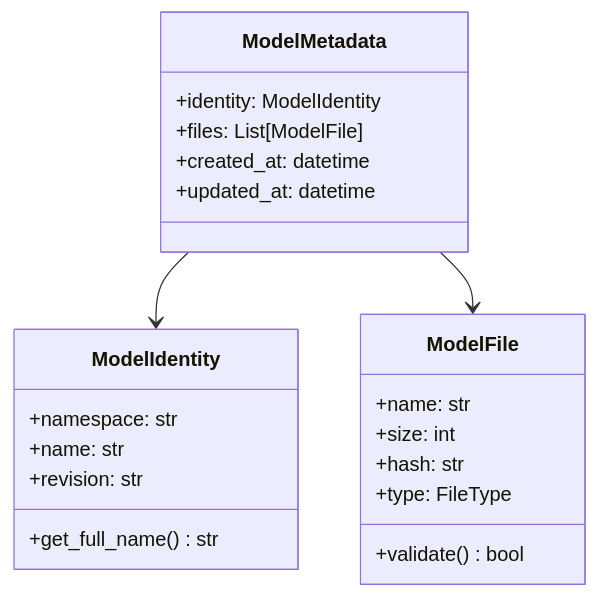
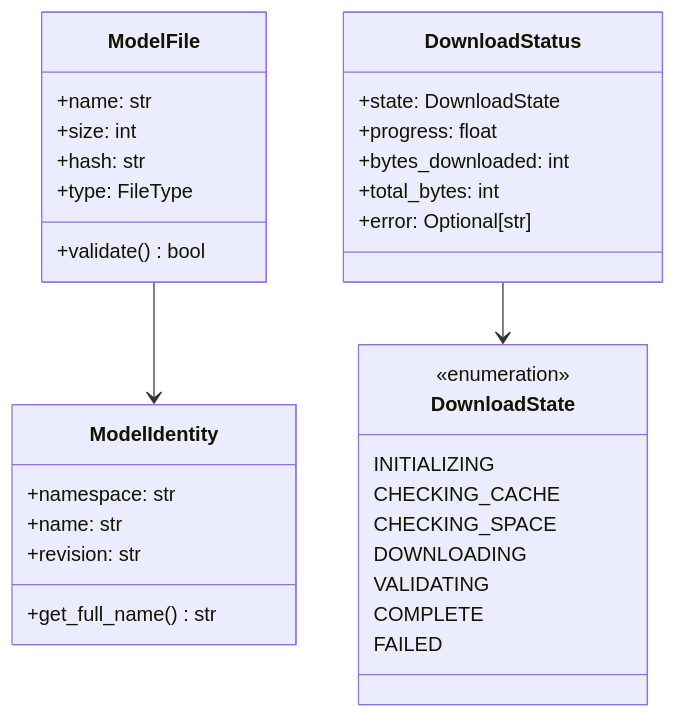
One commit to zhifengzhang-sz/qi-v2-dp changed the first of 5 diagrams in services/ai/llm-service/docs/architecture/classes/model_manager.md. Above: the diagram before and after it, drawn with Mermaid. The commit also changed other lines of this file and 50 other files, not shown here.

````diff
--- a/services/ai/llm-service/docs/architecture/classes/model_manager.md
+++ b/services/ai/llm-service/docs/architecture/classes/model_manager.md
@@ -5,27 +5,39 @@
 ```mermaid
 classDiagram
     class ModelIdentity {
         +namespace: str
         +name: str
         +revision: str
         +get_full_name() str
     }
 
     class ModelFile {
         +name: str
         +size: int
         +hash: str
         +type: FileType
         +validate() bool
     }
 
-    class ModelMetadata {
-        +identity: ModelIdentity
-        +files: List[ModelFile]
-        +created_at: datetime
-        +updated_at: datetime
+    class DownloadState {
+        <<enumeration>>
+        INITIALIZING
+        CHECKING_CACHE
+        CHECKING_SPACE
+        DOWNLOADING
+        VALIDATING
+        COMPLETE
+        FAILED
     }
 
-    ModelMetadata --> ModelIdentity
-    ModelMetadata --> ModelFile
+    class DownloadStatus {
+        +state: DownloadState
+        +progress: float
+        +bytes_downloaded: int
+        +total_bytes: int
+        +error: Optional[str]
+    }
+
+    ModelFile --> ModelIdentity
+    DownloadStatus --> DownloadState
 ```
````
